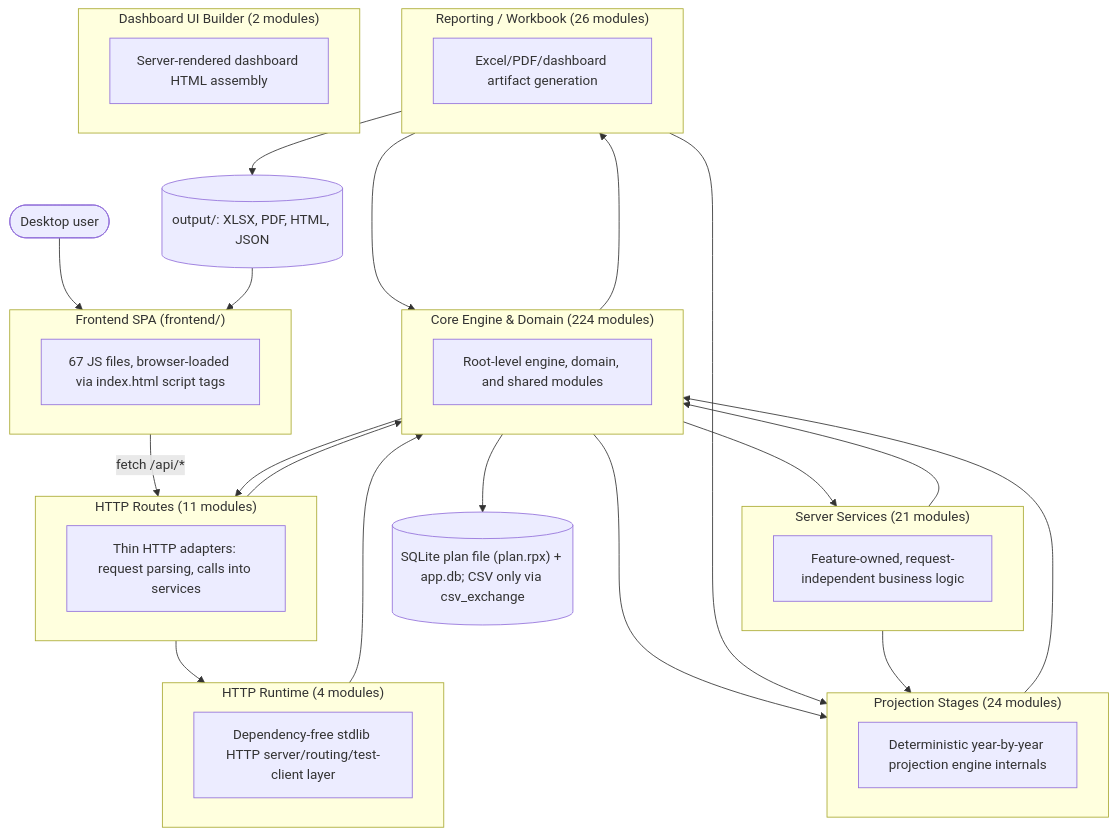
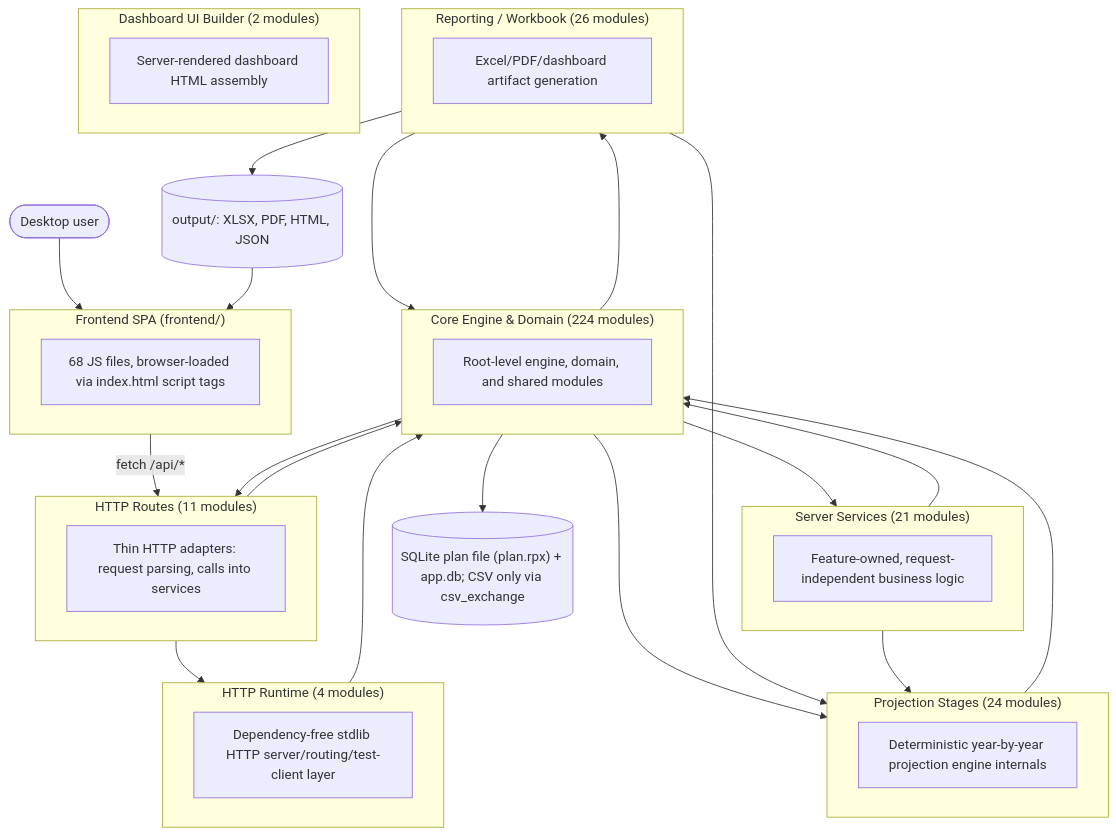
Before and after one commit to matthartzman/retirement_system: the first of 2 diagrams in documentation/reference/SYSTEM_ARCHITECTURE_DIAGRAM.md, drawn with Mermaid. The commit also changed other lines of this file and 34 other files, not shown here.

````diff
--- a/documentation/reference/SYSTEM_ARCHITECTURE_DIAGRAM.md
+++ b/documentation/reference/SYSTEM_ARCHITECTURE_DIAGRAM.md
@@ -11,44 +11,44 @@
 ```mermaid
 flowchart TB
     User(["Desktop user"]) --> FE
     subgraph FE["Frontend SPA (frontend/)"]
-        FEcount["67 JS files, browser-loaded via index.html script tags"]
+        FEcount["68 JS files, browser-loaded via index.html script tags"]
     end
     FE -->|fetch /api/*| L_HTTP_Routes
     subgraph L_HTTP_Routes["HTTP Routes (11 modules)"]
         L_HTTP_Routes_d["Thin HTTP adapters: request parsing, calls into services"]
     end
     subgraph L_Server_Services["Server Services (21 modules)"]
         L_Server_Services_d["Feature-owned, request-independent business logic"]
     end
     subgraph L_HTTP_Runtime["HTTP Runtime (4 modules)"]
         L_HTTP_Runtime_d["Dependency-free stdlib HTTP server/routing/test-client layer"]
     end
     subgraph L_Core_Engine___Domain["Core Engine & Domain (224 modules)"]
         L_Core_Engine___Domain_d["Root-level engine, domain, and shared modules"]
     end
     subgraph L_Projection_Stages["Projection Stages (24 modules)"]
         L_Projection_Stages_d["Deterministic year-by-year projection engine internals"]
     end
     subgraph L_Reporting___Workbook["Reporting / Workbook (26 modules)"]
         L_Reporting___Workbook_d["Excel/PDF/dashboard artifact generation"]
     end
     subgraph L_Dashboard_UI_Builder["Dashboard UI Builder (2 modules)"]
         L_Dashboard_UI_Builder_d["Server-rendered dashboard HTML assembly"]
     end
     L_Core_Engine___Domain --> L_HTTP_Routes
     L_Core_Engine___Domain --> L_Projection_Stages
     L_Core_Engine___Domain --> L_Reporting___Workbook
     L_Core_Engine___Domain --> L_Server_Services
     L_HTTP_Routes --> L_Core_Engine___Domain
     L_HTTP_Routes --> L_HTTP_Runtime
     L_HTTP_Runtime --> L_Core_Engine___Domain
     L_Projection_Stages --> L_Core_Engine___Domain
     L_Reporting___Workbook --> L_Core_Engine___Domain
     L_Reporting___Workbook --> L_Projection_Stages
     L_Server_Services --> L_Core_Engine___Domain
     L_Server_Services --> L_Projection_Stages
     L_Core_Engine___Domain --> DB[("SQLite plan file (plan.rpx) + app.db; CSV only via csv_exchange")]
     L_Reporting___Workbook --> Outputs[("output/: XLSX, PDF, HTML, JSON")]
     Outputs --> FE
 ```
````
